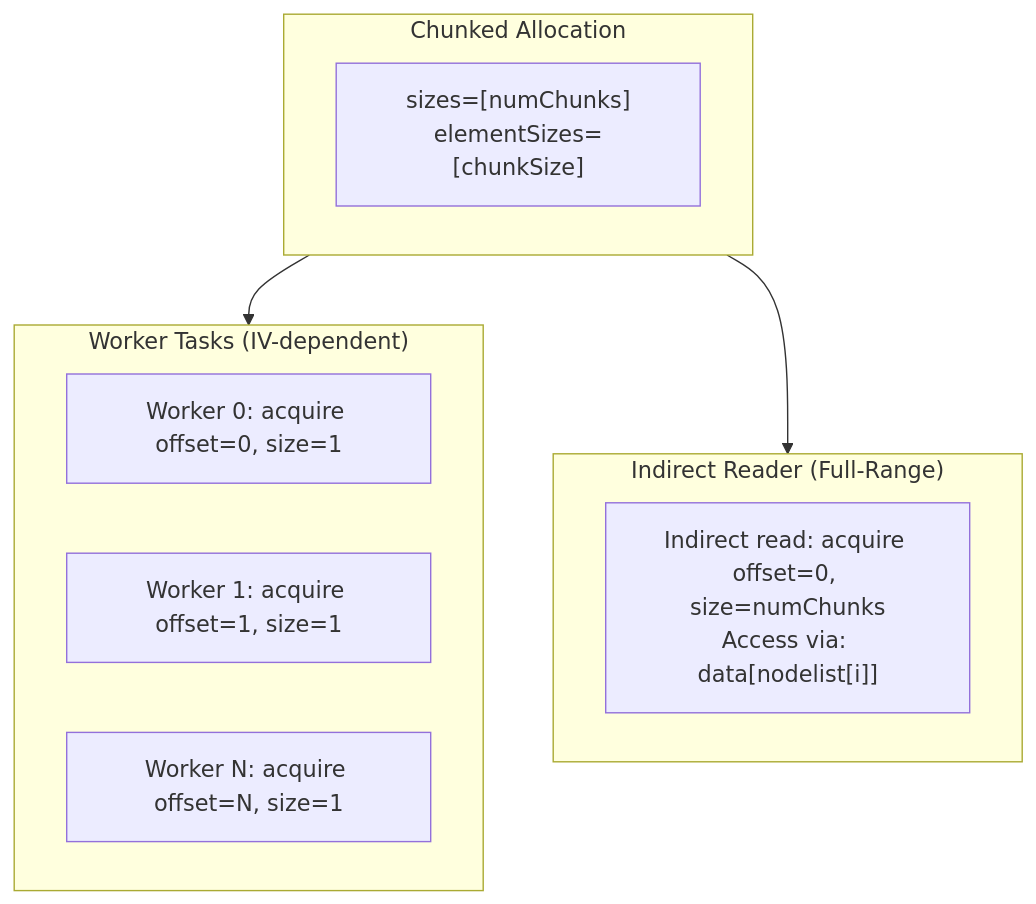
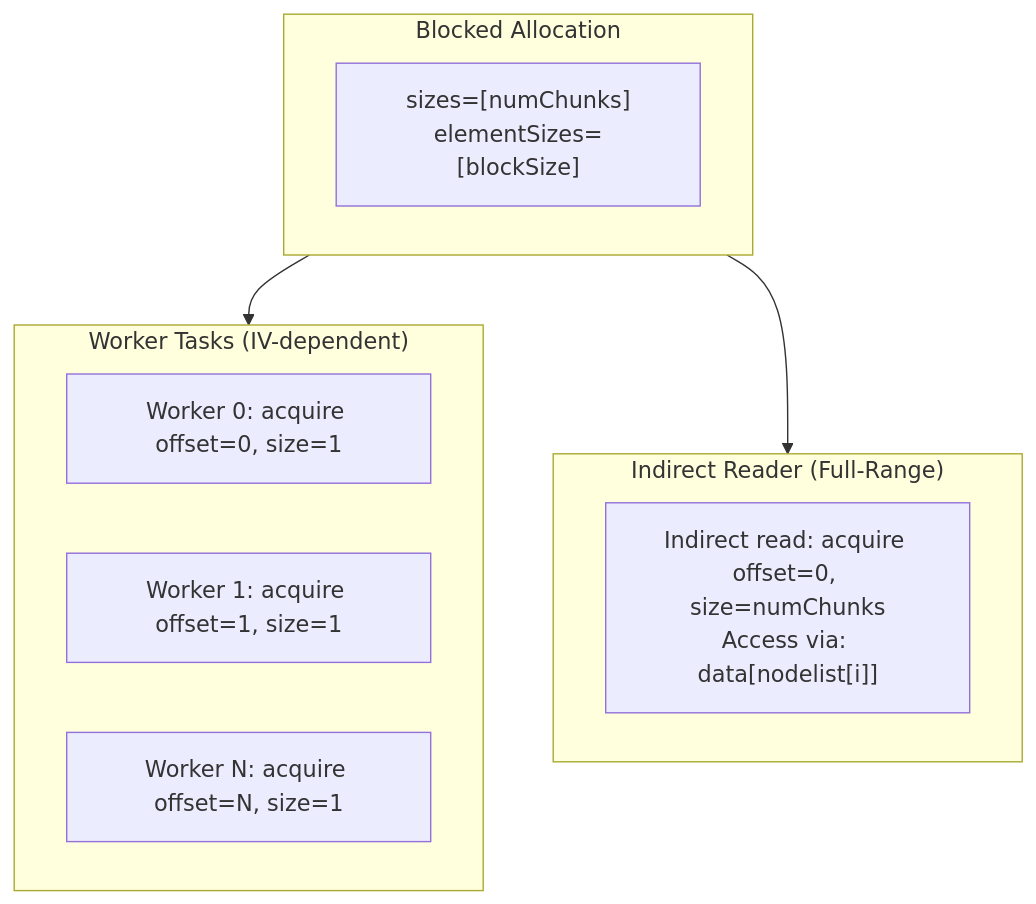
One commit to randreshg/carts changed the seventh of 7 diagrams in docs/analysis.md. Above: the diagram before and after it, drawn with Mermaid. The commit also changed other lines of this file and 88 other files, not shown here.

````diff
--- a/docs/analysis.md
+++ b/docs/analysis.md
@@ -970,19 +970,19 @@
 ```mermaid
 flowchart TB
-    subgraph Allocation["Chunked Allocation"]
-        ALLOC["sizes=[numChunks]<br/>elementSizes=[chunkSize]"]
+    subgraph Allocation["Blocked Allocation"]
+        ALLOC["sizes=[numChunks]<br/>elementSizes=[blockSize]"]
     end
 
     subgraph Workers["Worker Tasks (IV-dependent)"]
         W1["Worker 0: acquire offset=0, size=1"]
         W2["Worker 1: acquire offset=1, size=1"]
         WN["Worker N: acquire offset=N, size=1"]
     end
 
     subgraph Indirect["Indirect Reader (Full-Range)"]
         IR["Indirect read: acquire offset=0, size=numChunks<br/>Access via: data[nodelist[i]]"]
     end
 
     Allocation --> Workers
     Allocation --> Indirect
 ```
````
